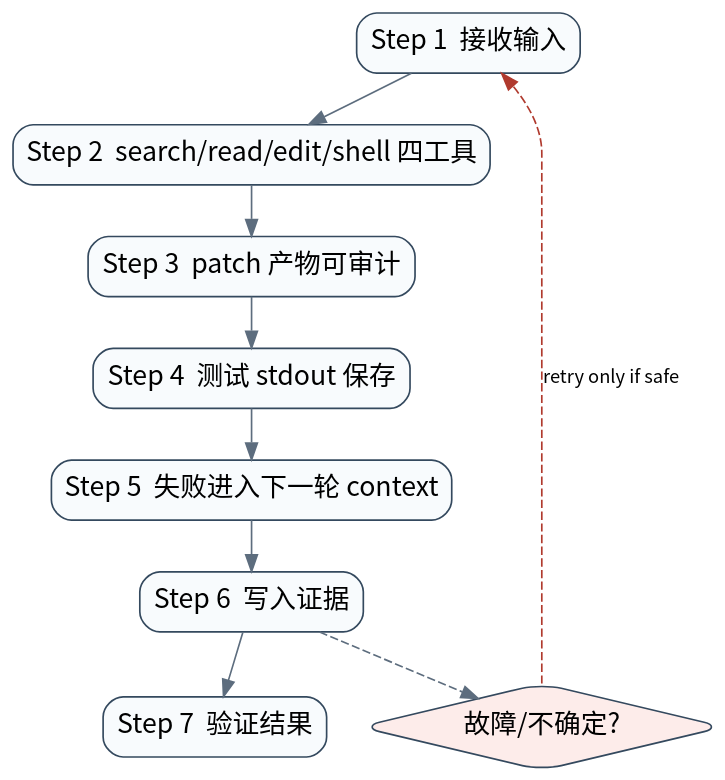
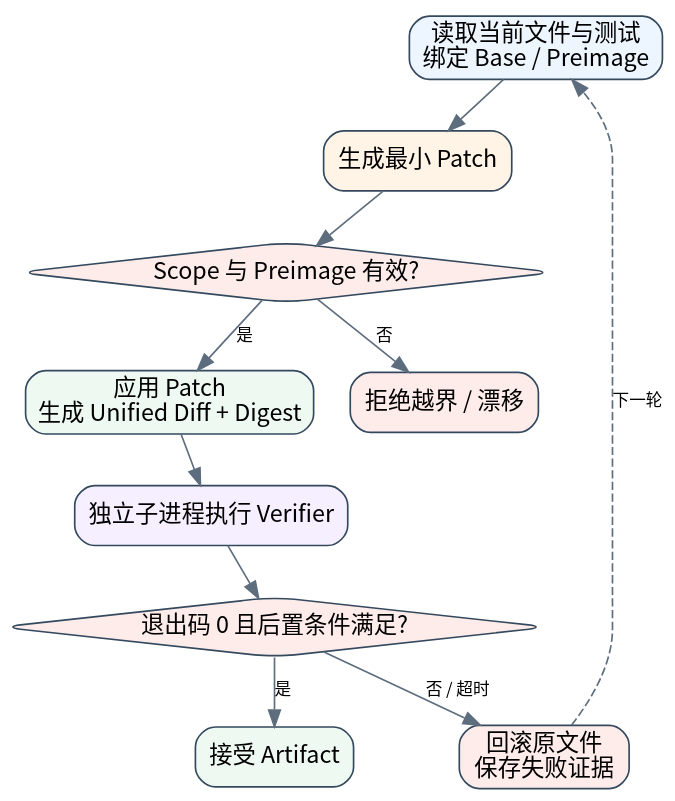
Before and after one commit to william-lbn/aiagentsystem: the diagram in book/assets/diagrams/20-coding-minimal-flow.dot, drawn with Graphviz. The commit also changed 227 other files, not shown here.

```diff
--- a/book/assets/diagrams/20-coding-minimal-flow.dot
+++ b/book/assets/diagrams/20-coding-minimal-flow.dot
@@ -1,21 +1,23 @@
 digraph G {
-graph [rankdir=TB,bgcolor="transparent",pad="0.15",nodesep="0.28",ranksep="0.42"];
-node [shape=box,style="rounded,filled",fontname="Noto Sans CJK SC",fontsize=16,color="#34495e",fillcolor="#f8fbfd"];
-edge [fontname="Noto Sans CJK SC",fontsize=11,color="#5d6d7e"];
-s0 [label="Step 1  接收输入"];
-s1 [label="Step 2  search/read/edit/shell 四工具"];
-s2 [label="Step 3  patch 产物可审计"];
-s3 [label="Step 4  测试 stdout 保存"];
-s4 [label="Step 5  失败进入下一轮 context"];
-s5 [label="Step 6  写入证据"];
-s6 [label="Step 7  验证结果"];
-s0->s1;
-s1->s2;
-s2->s3;
-s3->s4;
-s4->s5;
-s5->s6;
-fail [shape=diamond,label="故障/不确定?",fillcolor="#fdecea"];
-s5->fail [style=dashed];
-fail->s0 [label="retry only if safe",style=dashed,color="#b03a2e"];
+graph [rankdir=TB,bgcolor="transparent",pad="0.18",nodesep="0.3",ranksep="0.4"];
+node [shape=box,style="rounded,filled",fontname="Noto Sans CJK SC",fontsize=14,color="#34495e"];
+edge [fontname="Noto Sans CJK SC",fontsize=10,color="#5d6d7e"];
+inspect [label="读取当前文件与测试\n绑定 Base / Preimage",fillcolor="#edf5ff"];
+proposal [label="生成最小 Patch",fillcolor="#fff4e6"];
+scope [shape=diamond,label="Scope 与 Preimage 有效?",fillcolor="#fdecea"];
+apply [label="应用 Patch\n生成 Unified Diff + Digest",fillcolor="#eef9f1"];
+test [label="独立子进程执行 Verifier",fillcolor="#f6efff"];
+pass [shape=diamond,label="退出码 0 且后置条件满足?",fillcolor="#fdecea"];
+accept [label="接受 Artifact",fillcolor="#eef9f1"];
+rollback [label="回滚原文件\n保存失败证据",fillcolor="#fdecea"];
+reject [label="拒绝越界 / 漂移",fillcolor="#fdecea"];
+inspect->proposal;
+proposal->scope;
+scope->apply [label="是"];
+scope->reject [label="否"];
+apply->test;
+test->pass;
+pass->accept [label="是"];
+pass->rollback [label="否 / 超时"];
+rollback->inspect [label="下一轮",style=dashed];
 }
```
